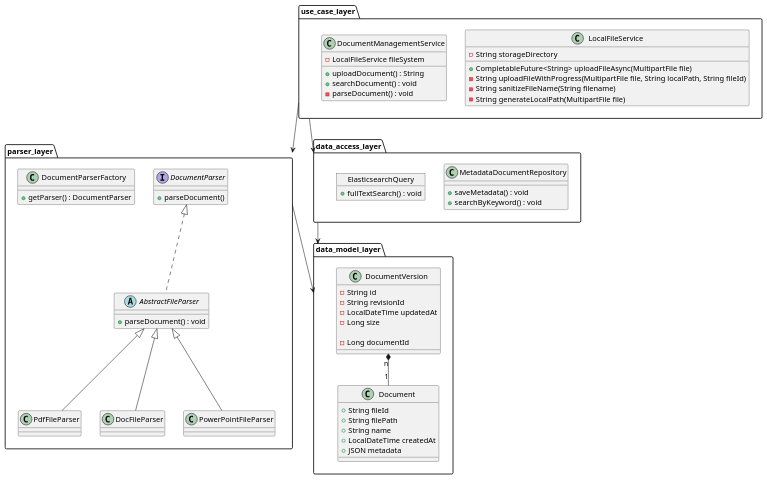
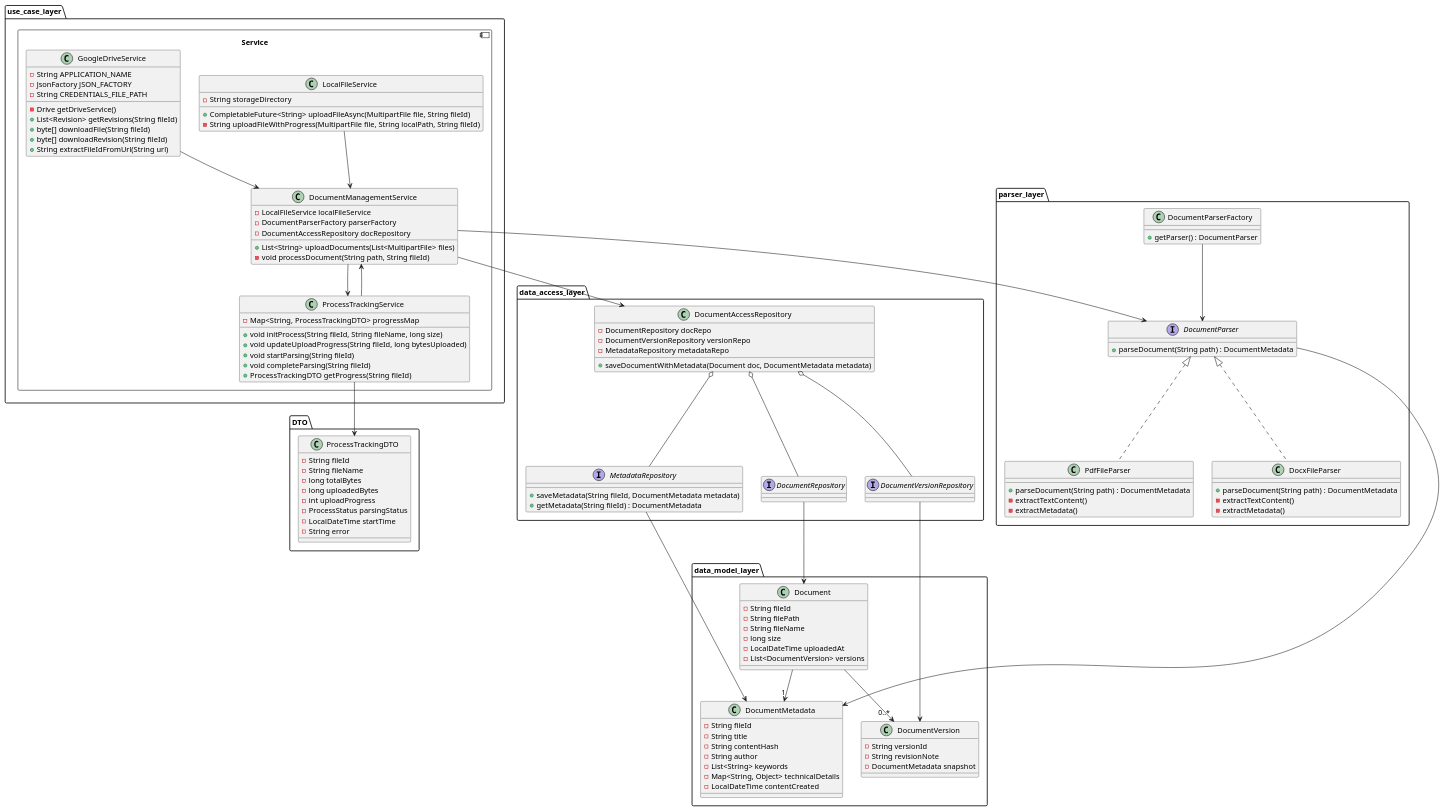
Before and after one commit to tammysensitive2312/SEM_Software_back-end: the first of 2 diagrams in src/main/java/org/example/sem_backend/modules/document_module/document/Document_management_class_diagram.puml, drawn with PlantUML. The commit also changed other lines of this file and 11 other files, not shown here.

```diff
--- a/src/main/java/org/example/sem_backend/modules/document_module/document/Document_management_class_diagram.puml
+++ b/src/main/java/org/example/sem_backend/modules/document_module/document/Document_management_class_diagram.puml
@@ -1,76 +1,149 @@
 @startuml
 
 package use_case_layer {
 
+component Service {
 class LocalFileService {
     - String storageDirectory
-    + CompletableFuture<String> uploadFileAsync(MultipartFile file)
+    + CompletableFuture<String> uploadFileAsync(MultipartFile file, String fileId)
     - String uploadFileWithProgress(MultipartFile file, String localPath, String fileId)
-    - String sanitizeFileName(String filename)
-    - String generateLocalPath(MultipartFile file)
+}
+
+class ProcessTrackingService {
+    - Map<String, ProcessTrackingDTO> progressMap
+    + void initProcess(String fileId, String fileName, long size)
+    + void updateUploadProgress(String fileId, long bytesUploaded)
+    + void startParsing(String fileId)
+    + void completeParsing(String fileId)
+    + ProcessTrackingDTO getProgress(String fileId)
+}
+
+class GoogleDriveService {
+    - String APPLICATION_NAME
+    - JsonFactory JSON_FACTORY
+    - String CREDENTIALS_FILE_PATH
+
+    - Drive getDriveService()
+    + List<Revision> getRevisions(String fileId)
+    + byte[] downloadFile(String fileId)
+    + byte[] downloadRevision(String fileId)
+    + String extractFileIdFromUrl(String url)
     }
 
 class DocumentManagementService {
-    - LocalFileService fileSystem
-    +uploadDocument() : String
-    +searchDocument() : void
-    -parseDocument() : void
-    }
+    - LocalFileService localFileService
+    - DocumentParserFactory parserFactory
+    - DocumentAccessRepository docRepository
+    + List<String> uploadDocuments(List<MultipartFile> files)
+    - void processDocument(String path, String fileId)
+}
 
-'LocalFileService <.. DocumentManagementService
+ProcessTrackingService --> DocumentManagementService
+LocalFileService --> DocumentManagementService
+GoogleDriveService --> DocumentManagementService
 }
+}
+
+package DTO {
+class ProcessTrackingDTO {
+    - String fileId
+    - String fileName
+    - long totalBytes
+    - long uploadedBytes
+    - int uploadProgress
+    - ProcessStatus parsingStatus
+    - LocalDateTime startTime
+    - String error
+}
+}
+
 package parser_layer {
 interface DocumentParser {
-    +parseDocument()
+    + parseDocument(String path) : DocumentMetadata
 }
 
-abstract class AbstractFileParser implements DocumentParser {
-    +parseDocument() : void
+class PdfFileParser {
+    + parseDocument(String path) : DocumentMetadata
+    - extractTextContent()
+    - extractMetadata()
 }
 
-class PdfFileParser extends AbstractFileParser {}
-class DocFileParser extends AbstractFileParser {}
-class PowerPointFileParser extends AbstractFileParser {}
-
+class DocxFileParser {
+    + parseDocument(String path) : DocumentMetadata
+    - extractTextContent()
+    - extractMetadata()
+}
 
 class DocumentParserFactory {
     +getParser() : DocumentParser
 }
+
+DocumentParser <|.. PdfFileParser
+DocumentParser <|.. DocxFileParser
+DocumentParserFactory --> DocumentParser
 }
+
 package data_access_layer {
-class MetadataDocumentRepository {
-    +saveMetadata() : void
-    +searchByKeyword() : void
+interface MetadataRepository {
+    + saveMetadata(String fileId, DocumentMetadata metadata)
+    + getMetadata(String fileId) : DocumentMetadata
 }
-object ElasticsearchQuery {
-    +fullTextSearch() : void
-    }
+interface DocumentRepository {
+}
 
+interface DocumentVersionRepository {
+}
 
+class DocumentAccessRepository {
+    - DocumentRepository docRepo
+    - DocumentVersionRepository versionRepo
+    - MetadataRepository metadataRepo
+    + saveDocumentWithMetadata(Document doc, DocumentMetadata metadata)
 }
+
+DocumentAccessRepository o-- DocumentRepository
+DocumentAccessRepository o-- DocumentVersionRepository
+DocumentAccessRepository o-- MetadataRepository
+}
+
 package data_model_layer {
 class Document {
-+ String fileId
-+ String filePath
-+ String name
-+ LocalDateTime createdAt
-+ JSON metadata
-}
-class DocumentVersion {
-- String id
-- String revisionId
-- LocalDateTime updatedAt
-- Long size
-
-- Long documentId
+    - String fileId
+    - String filePath
+    - String fileName
+    - long size
+    - LocalDateTime uploadedAt
+    - List<DocumentVersion> versions
 }
 
-DocumentVersion "n" *-- "1" Document
+class DocumentMetadata {
+    - String fileId
+    - String title
+    - String contentHash
+    - String author
+    - List<String> keywords
+    - Map<String, Object> technicalDetails
+    - LocalDateTime contentCreated
 }
 
-use_case_layer --> parser_layer
-use_case_layer --> data_access_layer
-parser_layer --> data_model_layer
-data_access_layer --> data_model_layer
+class DocumentVersion {
+    - String versionId
+    - String revisionNote
+    - DocumentMetadata snapshot
+}
+
+Document --> "0..*" DocumentVersion
+Document --> "1" DocumentMetadata
+}
+
+' Connections
+DocumentManagementService --> ProcessTrackingService
+DocumentManagementService --> DocumentParser
+DocumentManagementService --> DocumentAccessRepository
+DocumentParser --> DocumentMetadata
+ProcessTrackingService --> ProcessTrackingDTO
+MetadataRepository --> DocumentMetadata
+DocumentRepository --> Document
+DocumentVersionRepository --> DocumentVersion
 
 @enduml
```
